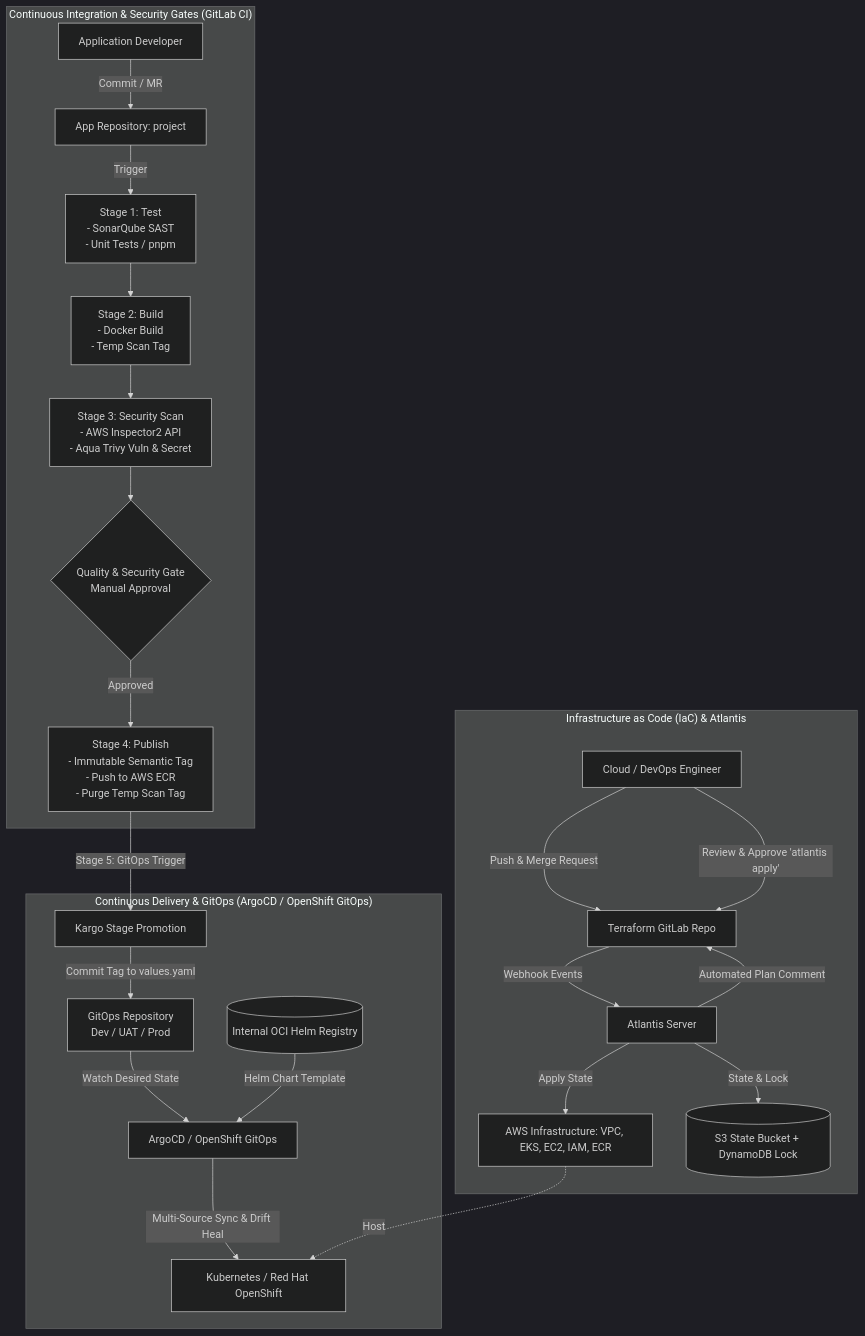
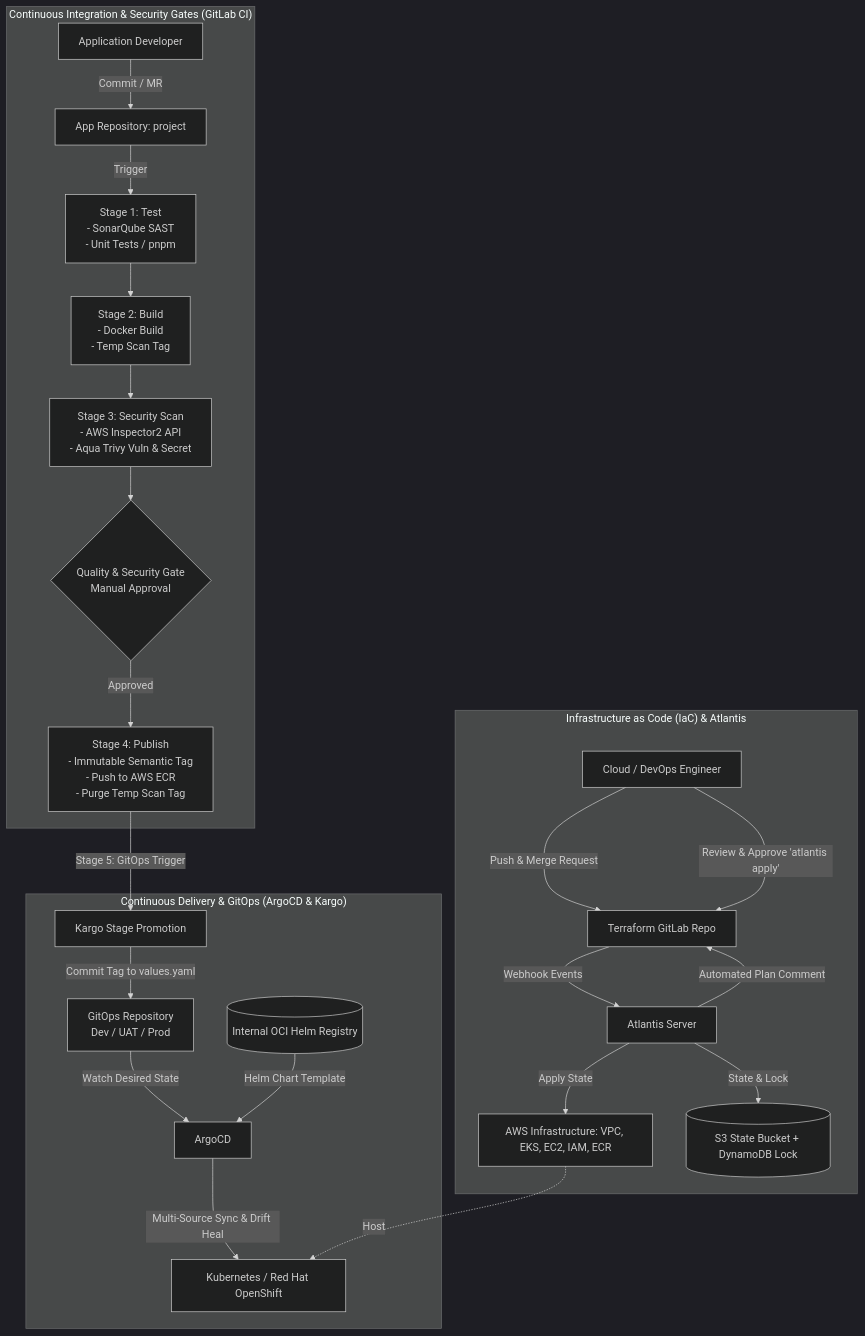
The diagram in project-devops-pipeline.md (ibnuzamra/end-to-end-devops-pipeline), drawn with Mermaid (dark theme) before and after one commit. The commit also changed other lines of this file and 1 other file, not shown here.

Commit message:
📝 docs: standardize GitOps naming to ArgoCD and remove OpenShift GitOps suffix

````diff
--- a/project-devops-pipeline.md
+++ b/project-devops-pipeline.md
@@ -21,29 +21,29 @@
 ```mermaid
 flowchart TD
     subgraph IaC["Infrastructure as Code (IaC) & Atlantis"]
         DevInfra[Cloud / DevOps Engineer] -->|Push & Merge Request| TFRepo[Terraform GitLab Repo]
         TFRepo -->|Webhook Events| Atlantis[Atlantis Server]
         Atlantis -->|Automated Plan Comment| TFRepo
         DevInfra -->|Review & Approve 'atlantis apply'| TFRepo
         Atlantis -->|Apply State| AWSCloud[AWS Infrastructure: VPC, EKS, EC2, IAM, ECR]
         Atlantis -->|State & Lock| S3Dynamo[(S3 State Bucket + DynamoDB Lock)]
     end
 
     subgraph CI["Continuous Integration & Security Gates (GitLab CI)"]
         DevApp[Application Developer] -->|Commit / MR| AppRepo[App Repository: project]
         AppRepo -->|Trigger| StageTest[Stage 1: Test\n- SonarQube SAST\n- Unit Tests / pnpm]
         StageTest --> StageBuild[Stage 2: Build\n- Docker Build\n- Temp Scan Tag]
         StageBuild --> StageScan[Stage 3: Security Scan\n- AWS Inspector2 API\n- Aqua Trivy Vuln & Secret]
         StageScan --> GateApproval{Quality & Security Gate\nManual Approval}
         GateApproval -->|Approved| StagePublish[Stage 4: Publish\n- Immutable Semantic Tag\n- Push to AWS ECR\n- Purge Temp Scan Tag]
     end
 
-    subgraph CD["Continuous Delivery & GitOps (ArgoCD / OpenShift GitOps)"]
+    subgraph CD["Continuous Delivery & GitOps (ArgoCD & Kargo)"]
         StagePublish -->|Stage 5: GitOps Trigger| Kargo[Kargo Stage Promotion]
         Kargo -->|Commit Tag to values.yaml| GitOpsRepo[GitOps Repository\nDev / UAT / Prod]
-        GitOpsRepo -->|Watch Desired State| ArgoCD[ArgoCD / OpenShift GitOps]
+        GitOpsRepo -->|Watch Desired State| ArgoCD[ArgoCD]
         OCIChart[(Internal OCI Helm Registry)] -->|Helm Chart Template| ArgoCD
         ArgoCD -->|Multi-Source Sync & Drift Heal| K8sCluster[Kubernetes / Red Hat OpenShift]
         AWSCloud -.->|Host| K8sCluster
     end
 ```
````
